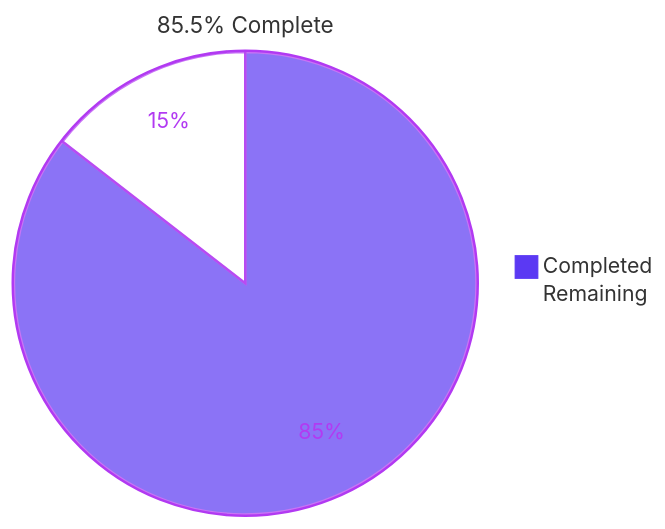
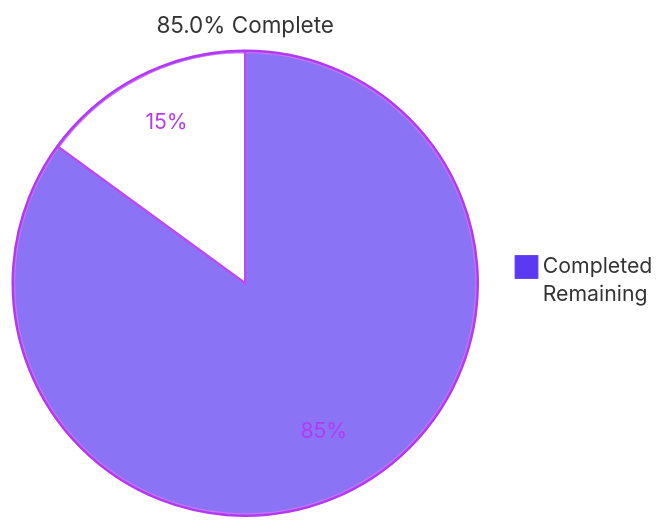
Before and after one commit to blitzy-public-samples/slatwall-coldfusion: the first of 4 diagrams in blitzy/documentation/Project Guide.md, drawn with Mermaid. The commit also changed other lines of this file, not shown here.

Commit message:
Adding Blitzy Project Guide: Project Status and Human Tasks Remaining

````diff
--- a/blitzy/documentation/Project Guide.md
+++ b/blitzy/documentation/Project Guide.md
@@ -11,6 +11,6 @@
 ```mermaid
 %%{init: {"theme":"base","themeVariables":{"pie1":"#5B39F3","pie2":"#FFFFFF","pieStrokeColor":"#B23AF2","pieOuterStrokeColor":"#B23AF2","pieSectionTextColor":"#B23AF2","pieTitleTextSize":"18px"}}}%%
-pie title 85.5% Complete
-    "Completed" : 949
-    "Remaining" : 161
+pie title 85.0% Complete
+    "Completed" : 965
+    "Remaining" : 170
 ```
````
